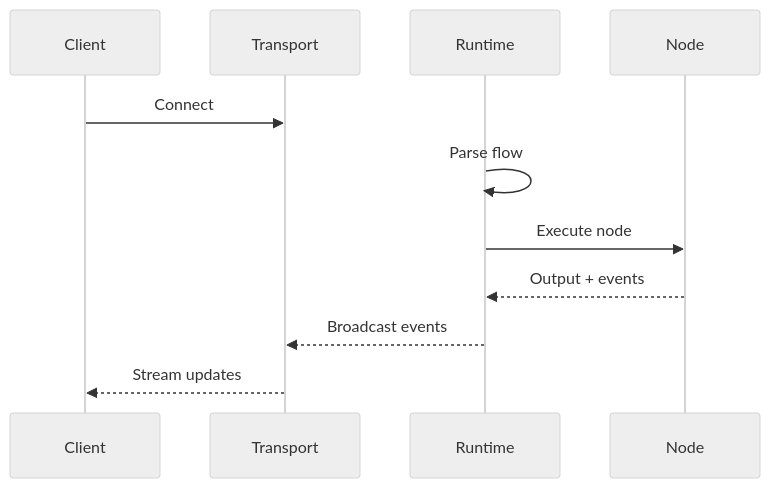
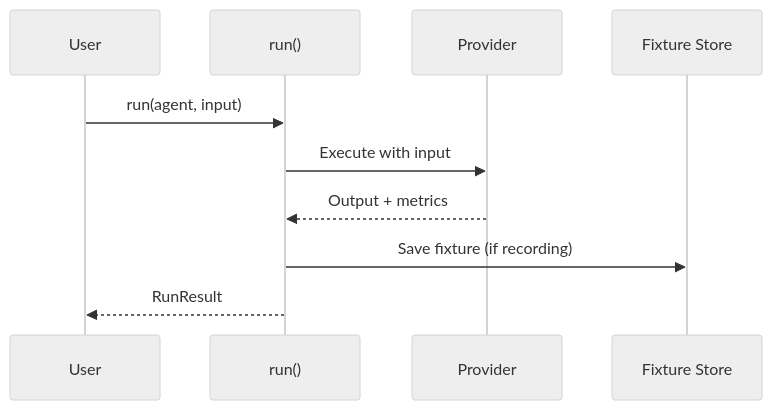
Before and after one commit to Open-Harness/open-harness: the second of 2 diagrams in apps/docs/content/docs/concepts/architecture.mdx, drawn with Mermaid (neutral theme). The commit also changed other lines of this file and 6 other files, not shown here.

````diff
--- a/apps/docs/content/docs/concepts/architecture.mdx
+++ b/apps/docs/content/docs/concepts/architecture.mdx
@@ -63,14 +97,13 @@
 ```mermaid
 sequenceDiagram
-  participant Client
-  participant Transport
-  participant Runtime
-  participant Node
+  participant User
+  participant Run as run()
+  participant Provider
+  participant Store as Fixture Store
 
-  Client->>Transport: Connect
-  Runtime->>Runtime: Parse flow
-  Runtime->>Node: Execute node
-  Node-->>Runtime: Output + events
-  Runtime-->>Transport: Broadcast events
-  Transport-->>Client: Stream updates
+  User->>Run: run(agent, input)
+  Run->>Provider: Execute with input
+  Provider-->>Run: Output + metrics
+  Run->>Store: Save fixture (if recording)
+  Run-->>User: RunResult
 ```
````
